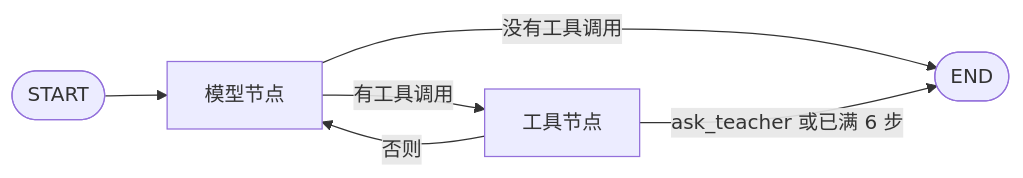
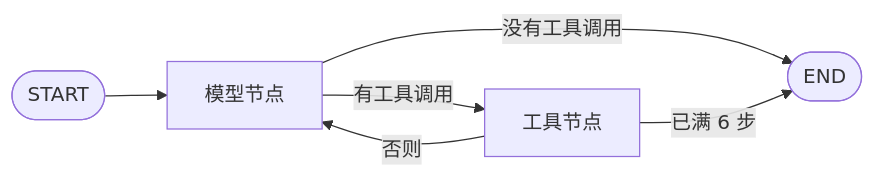
The diagram in docs/superpowers/specs/2026-10-21-mvp-roadmap.md (zengys2007/ZHIJIAO-HARNESS), drawn with Mermaid before and after one commit. The commit also changed other lines of this file and 81 other files, not shown here.

````diff
--- a/docs/superpowers/specs/2026-10-21-mvp-roadmap.md
+++ b/docs/superpowers/specs/2026-10-21-mvp-roadmap.md
@@ -23,8 +23,8 @@
 ```mermaid
 flowchart LR
   startNode([START]) --> model[模型节点]
   model -->|没有工具调用| endNode([END])
   model -->|有工具调用| tools[工具节点]
-  tools -->|ask_teacher 或已满 6 步| endNode
+  tools -->|已满 6 步| endNode
   tools -->|否则| model
 ```
````
